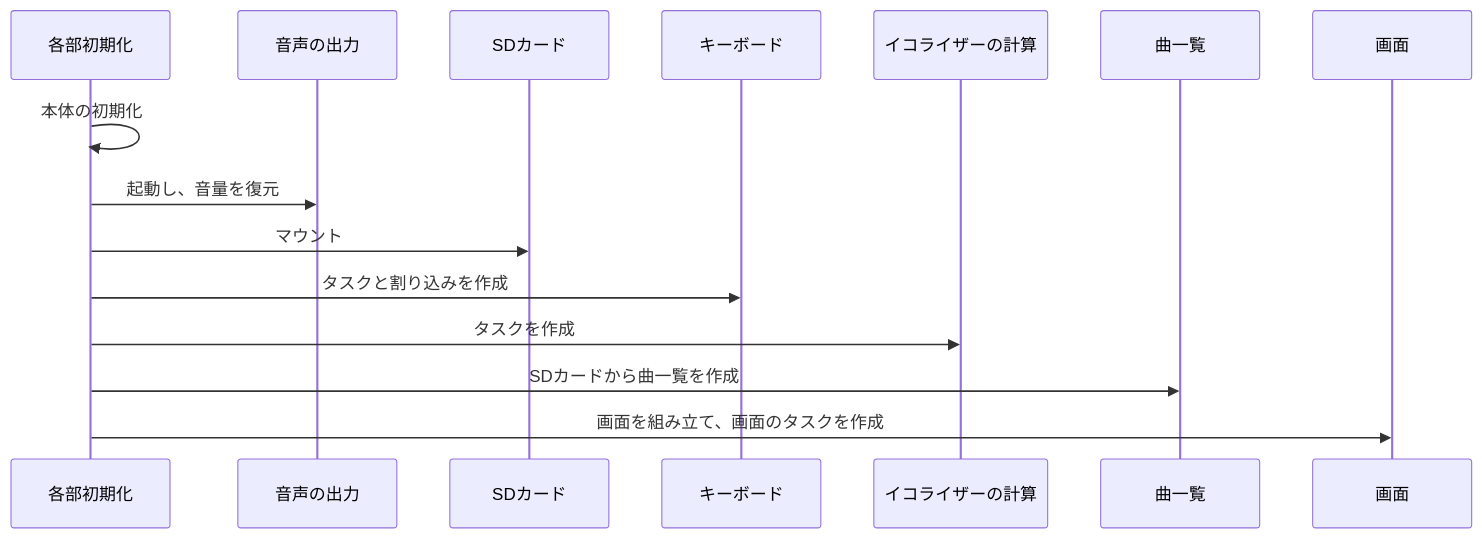
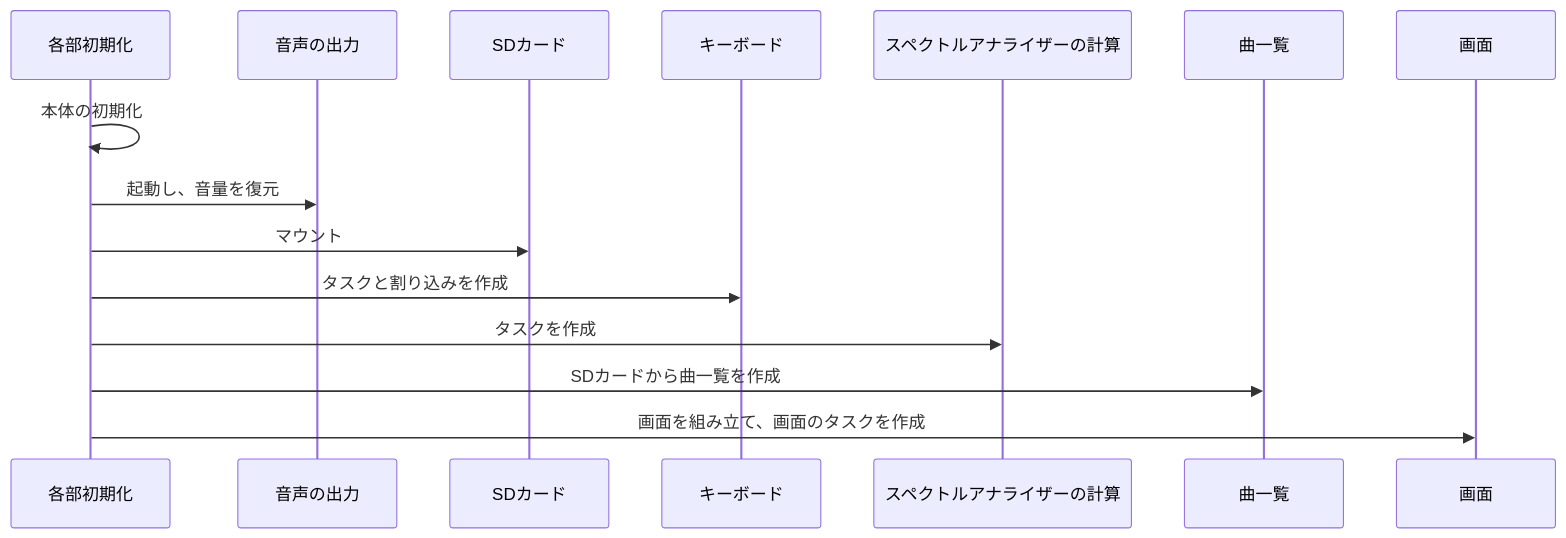
The first of 5 diagrams in docs/architecture/sequences.md (stonedev-app/pocket-deck), drawn with Mermaid before and after one commit. The commit also changed other lines of this file and 14 other files, not shown here.

````diff
--- a/docs/architecture/sequences.md
+++ b/docs/architecture/sequences.md
@@ -7,18 +7,18 @@
 ```mermaid
 sequenceDiagram
     participant S as 各部初期化
     participant SP as 音声の出力
     participant SD as SDカード
     participant K as キーボード
-    participant E as イコライザーの計算
+    participant E as スペクトルアナライザーの計算
     participant PL as 曲一覧
     participant UI as 画面
 
     S->>S: 本体の初期化
     S->>SP: 起動し、音量を復元
     S->>SD: マウント
     S->>K: タスクと割り込みを作成
     S->>E: タスクを作成
     S->>PL: SDカードから曲一覧を作成
     S->>UI: 画面を組み立て、画面のタスクを作成
 ```
````
